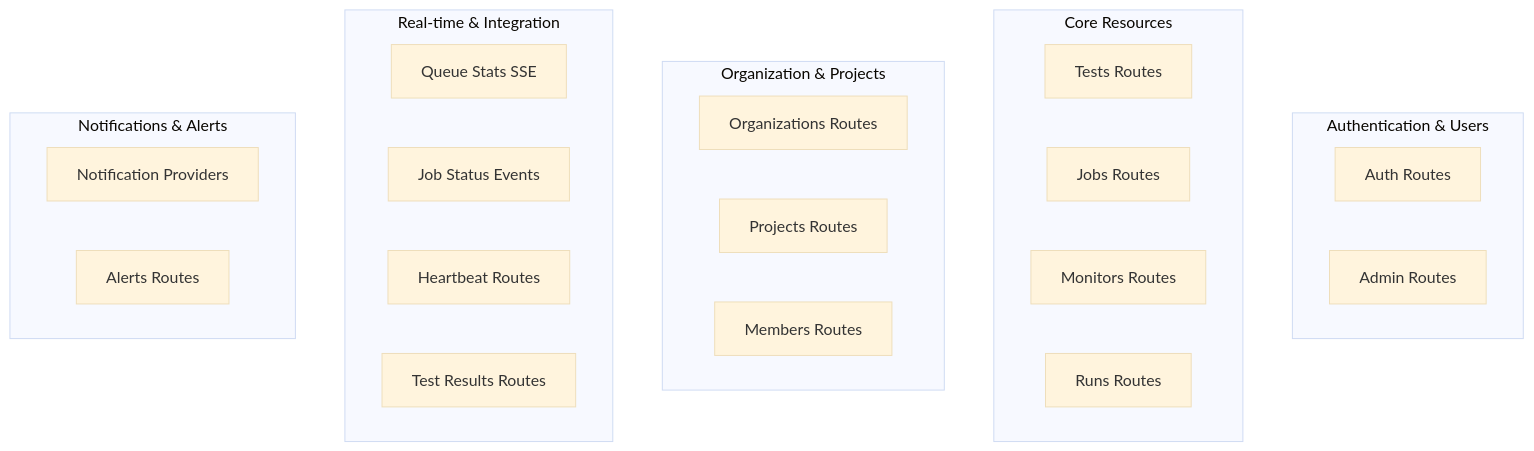
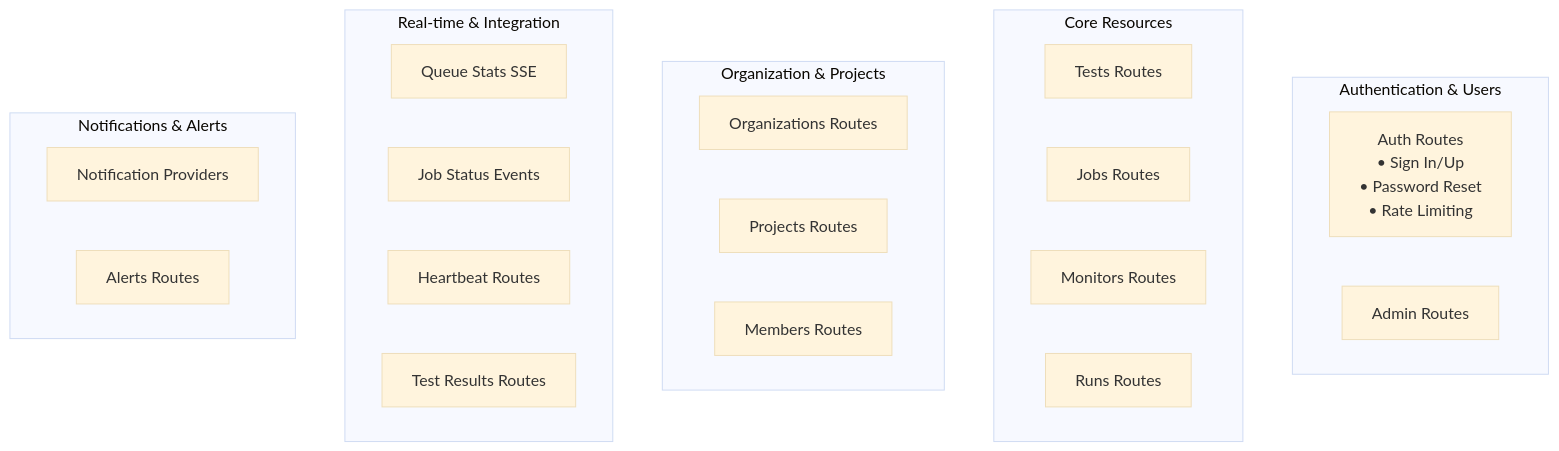
The diagram in .specs/API_ROUTES_ANALYSIS.md (supercheck-io/supercheck-core), drawn with Mermaid (base theme) before and after one commit. The commit also changed other lines of this file and 28 other files, not shown here.

````diff
--- a/.specs/API_ROUTES_ANALYSIS.md
+++ b/.specs/API_ROUTES_ANALYSIS.md
@@ -19,32 +19,32 @@
 ```mermaid
 graph TB
     subgraph "Authentication & Users"
-        A1["Auth Routes"]
+        A1["Auth Routes<br/>• Sign In/Up<br/>• Password Reset<br/>• Rate Limiting"]
         A2["Admin Routes"]
     end
     
     subgraph "Core Resources"
         B1["Tests Routes"]
         B2["Jobs Routes"] 
         B3["Monitors Routes"]
         B4["Runs Routes"]
     end
     
     subgraph "Organization & Projects"
         C1["Organizations Routes"]
         C2["Projects Routes"]
         C3["Members Routes"]
     end
     
     subgraph "Real-time & Integration"
         D1["Queue Stats SSE"]
         D2["Job Status Events"]
         D3["Heartbeat Routes"]
         D4["Test Results Routes"]
     end
     
     subgraph "Notifications & Alerts"
         E1["Notification Providers"]
         E2["Alerts Routes"]
     end
 ```
````
